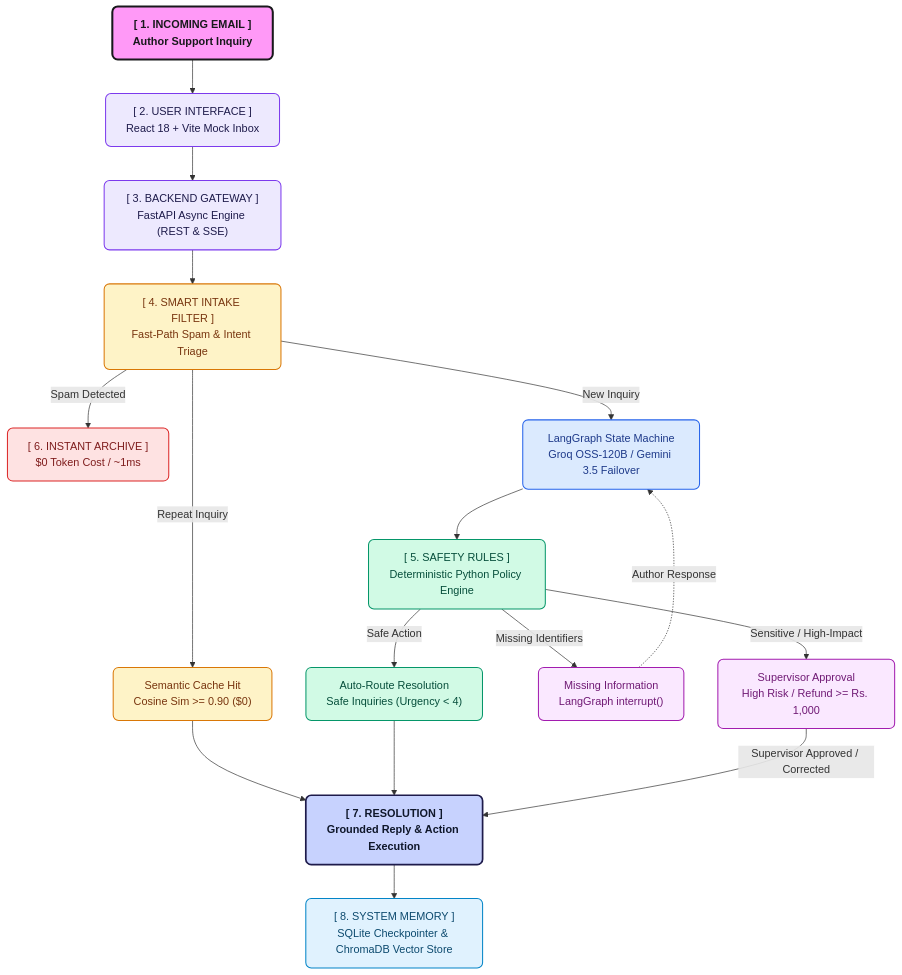
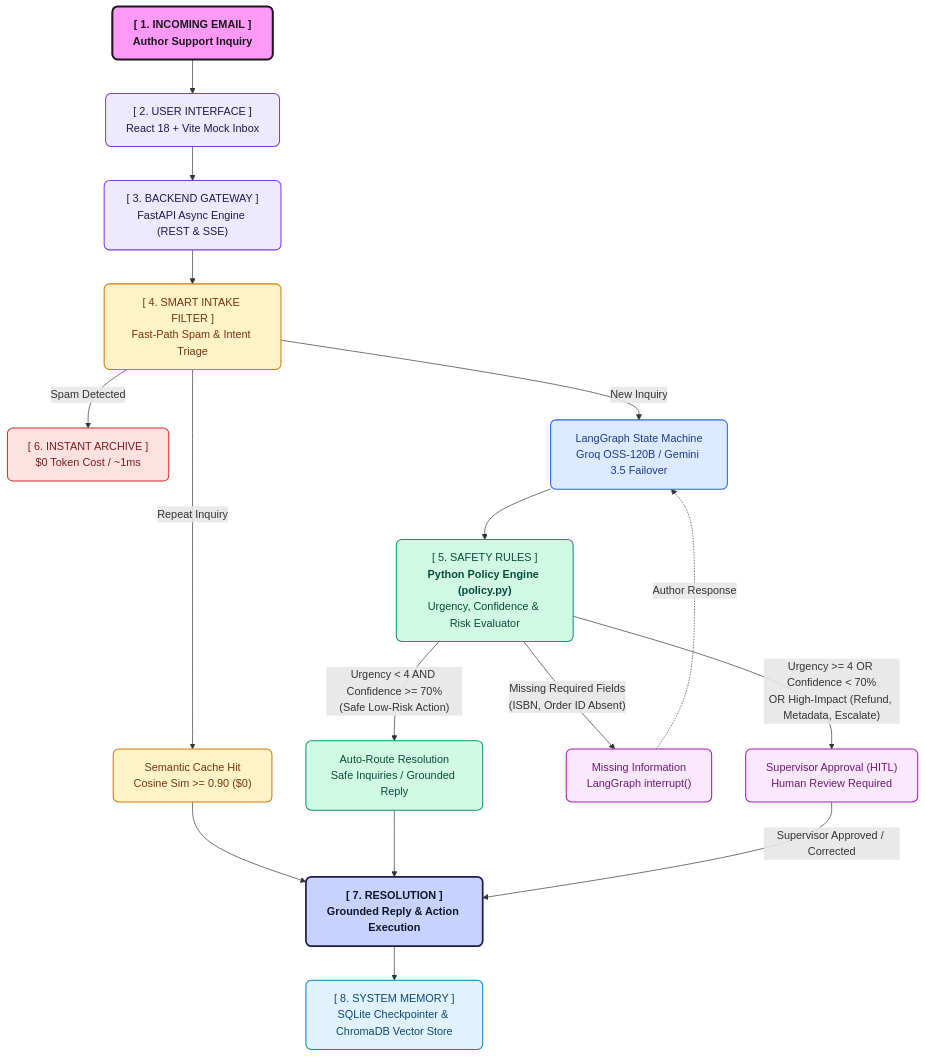
One commit to sharan1918/Notion-Press-POC changed the diagram in docs/DESIGN_DECISIONS_AND_LIMITATIONS.md. Above: the diagram before and after it, drawn with Mermaid. The commit also changed other lines of this file and 2 other files, not shown here.

Commit message:
docs(arch): add explicit urgency and confidence routing thresholds to diagrams

````diff
--- a/docs/DESIGN_DECISIONS_AND_LIMITATIONS.md
+++ b/docs/DESIGN_DECISIONS_AND_LIMITATIONS.md
@@ -12,52 +12,52 @@
 ```mermaid
 flowchart TD
     %% Styling Classes matching pastel boxed reference
     classDef rootBox fill:#ff99f7,stroke:#18181b,stroke-width:3px,color:#18181b,font-weight:bold,rx:8px,ry:8px;
     classDef lavenderBox fill:#ede9fe,stroke:#7c3aed,stroke-width:1.5px,color:#1e1b4b,font-weight:500,rx:8px,ry:8px;
     classDef blueBox fill:#dbeafe,stroke:#2563eb,stroke-width:1.5px,color:#1e3a8a,font-weight:500,rx:8px,ry:8px;
     classDef amberBox fill:#fef3c7,stroke:#d97706,stroke-width:1.5px,color:#78350f,font-weight:500,rx:8px,ry:8px;
     classDef greenBox fill:#d1fae5,stroke:#059669,stroke-width:1.5px,color:#064e3b,font-weight:500,rx:8px,ry:8px;
     classDef redBox fill:#fee2e2,stroke:#dc2626,stroke-width:1.5px,color:#7f1d1d,font-weight:500,rx:8px,ry:8px;
     classDef purpleBox fill:#fae8ff,stroke:#a21caf,stroke-width:1.5px,color:#701a75,font-weight:500,rx:8px,ry:8px;
     classDef cyanBox fill:#e0f2fe,stroke:#0284c7,stroke-width:1.5px,color:#0c4a6e,font-weight:500,rx:8px,ry:8px;
     classDef highlightBox fill:#c7d2fe,stroke:#1e1b4b,stroke-width:2.5px,color:#0f172a,font-weight:bold,rx:8px,ry:8px;
 
     ROOT["[ 1. INCOMING EMAIL ]<br/><b>Author Support Inquiry</b>"]:::rootBox
     UI["[ 2. USER INTERFACE ]<br/>React 18 + Vite Mock Inbox"]:::lavenderBox
     GATEWAY["[ 3. BACKEND GATEWAY ]<br/>FastAPI Async Engine (REST & SSE)"]:::lavenderBox
     FILTER["[ 4. SMART INTAKE FILTER ]<br/>Fast-Path Spam & Intent Triage"]:::amberBox
 
     SPAM["[ 6. INSTANT ARCHIVE ]<br/>$0 Token Cost / ~1ms"]:::redBox
     CACHE["Semantic Cache Hit<br/>Cosine Sim >= 0.90 ($0)"]:::amberBox
     AI["LangGraph State Machine<br/>Groq OSS-120B / Gemini 3.5 Failover"]:::blueBox
 
-    GUARD["[ 5. SAFETY RULES ]<br/>Deterministic Python Policy Engine"]:::greenBox
+    GUARD["[ 5. SAFETY RULES ]<br/><b>Python Policy Engine (policy.py)</b><br/>Urgency, Confidence & Risk Evaluator"]:::greenBox
 
-    AUTO["Auto-Route Resolution<br/>Safe Inquiries (Urgency &lt; 4)"]:::greenBox
+    AUTO["Auto-Route Resolution<br/>Safe Inquiries / Grounded Reply"]:::greenBox
     NEED_INFO["Missing Information<br/>LangGraph interrupt()"]:::purpleBox
-    HITL["Supervisor Approval<br/>High Risk / Refund &gt;= Rs. 1,000"]:::purpleBox
+    HITL["Supervisor Approval (HITL)<br/>Human Review Required"]:::purpleBox
 
     RESOLUTION["[ 7. RESOLUTION ]<br/>Grounded Reply & Action Execution"]:::highlightBox
     MEMORY["[ 8. SYSTEM MEMORY ]<br/>SQLite Checkpointer & ChromaDB Vector Store"]:::cyanBox
 
     ROOT --> UI
     UI --> GATEWAY
     GATEWAY --> FILTER
 
     FILTER -->|Spam Detected| SPAM
     FILTER -->|Repeat Inquiry| CACHE
     FILTER -->|New Inquiry| AI
 
     CACHE --> RESOLUTION
     AI --> GUARD
 
-    GUARD -->|Safe Action| AUTO
-    GUARD -->|Missing Identifiers| NEED_INFO
-    GUARD -->|Sensitive / High-Impact| HITL
+    GUARD -->|"Urgency &lt; 4 AND Confidence &gt;= 70%<br/>(Safe Low-Risk Action)"| AUTO
+    GUARD -->|"Missing Required Fields<br/>(ISBN, Order ID Absent)"| NEED_INFO
+    GUARD -->|"Urgency &gt;= 4 OR Confidence &lt; 70%<br/>OR High-Impact (Refund, Metadata, Escalate)"| HITL
 
     AUTO --> RESOLUTION
     NEED_INFO -.->|Author Response| AI
     HITL -->|Supervisor Approved / Corrected| RESOLUTION
 
     RESOLUTION --> MEMORY
 ```
````
